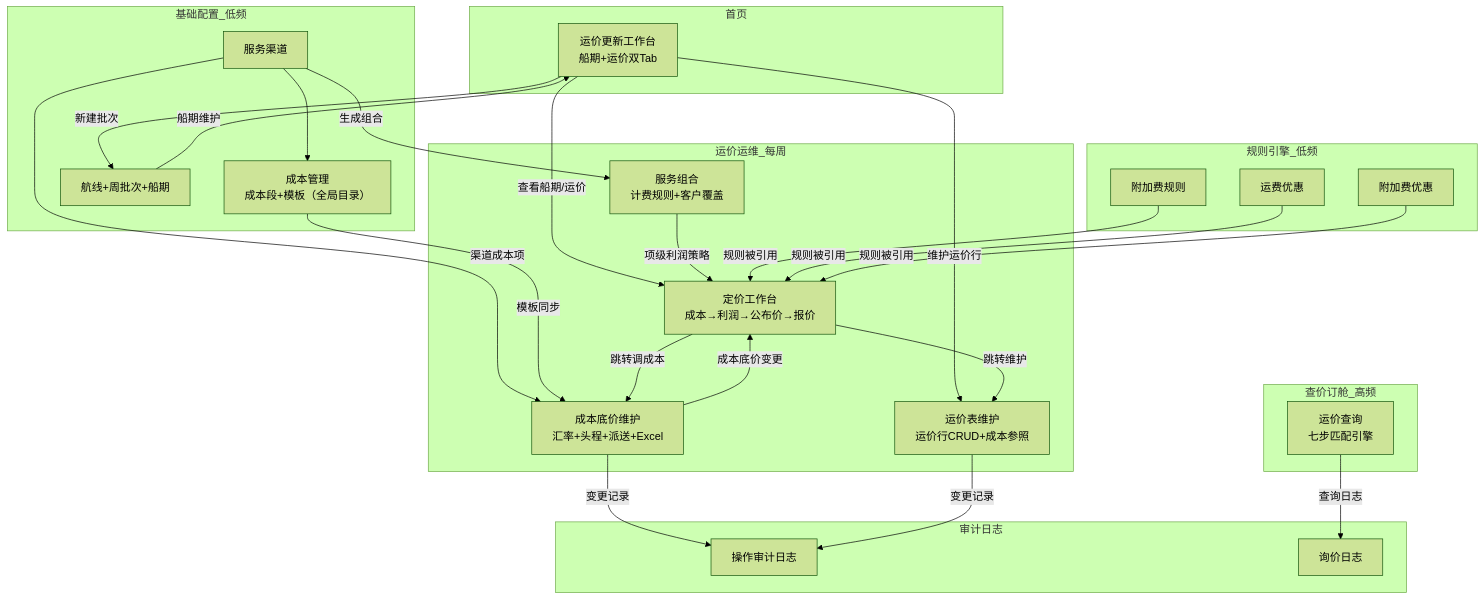
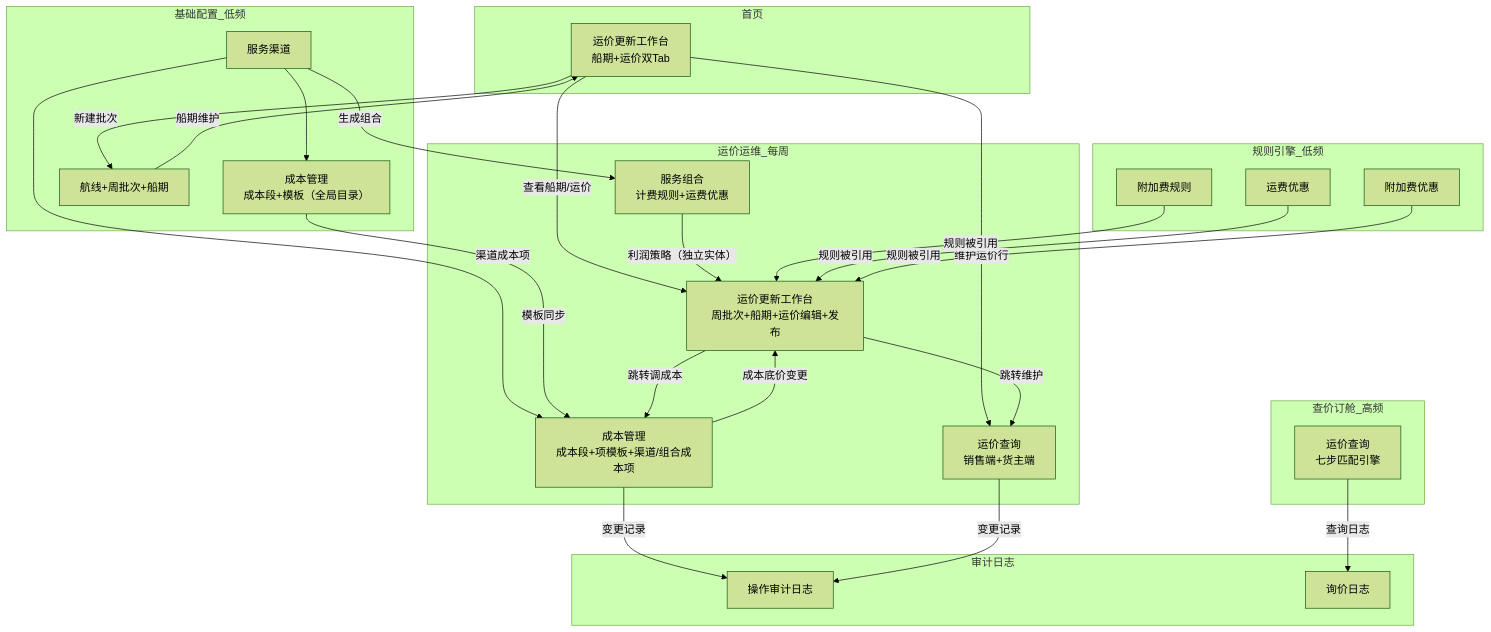
Before and after one commit to zhangwen960722/luna-daily: the diagram in 0-产品经理使用IDE/prds/超级运价/PRD.md, drawn with Mermaid (forest theme). The commit also changed other lines of this file and 2207 other files, not shown here.

````diff
--- a/0-产品经理使用IDE/prds/超级运价/PRD.md
+++ b/0-产品经理使用IDE/prds/超级运价/PRD.md
@@ -309,45 +310,45 @@
 ```mermaid
 flowchart TD
     subgraph 首页
         W1[运价更新工作台<br>船期+运价双Tab]
     end
     subgraph 基础配置_低频
         C1[服务渠道] --> C2[成本管理<br>成本段+模板（全局目录）]
         C3[航线+周批次+船期]
     end
     subgraph 运价运维_每周
-        O1[成本底价维护<br>汇率+头程+派送+Excel]
-        O2[服务组合<br>计费规则+客户覆盖]
-        O3[定价工作台<br>成本→利润→公布价→报价]
-        O4[运价表维护<br>运价行CRUD+成本参照]
+        O1[成本管理<br>成本段+项模板+渠道/组合成本项]
+        O2[服务组合<br>计费规则+运费优惠]
+        O3[运价更新工作台<br>周批次+船期+运价编辑+发布]
+        O4[运价查询<br>销售端+货主端]
     end
     subgraph 规则引擎_低频
         R1[附加费规则]
         R2[运费优惠]
         R3[附加费优惠]
     end
     subgraph 查价订舱_高频
         Q1[运价查询<br>七步匹配引擎]
     end
     subgraph 审计日志
         L1[操作审计日志]
         L2[询价日志]
     end
     W1 -->|查看船期/运价| O3
     W1 -->|维护运价行| O4
     W1 -->|新建批次| C3
     C1 -->|生成组合| O2
     C1 -->|渠道成本项| O1
     C2 -->|模板同步| O1
     C3 -->|船期维护| W1
     O1 -->|成本底价变更| O3
-    O2 -->|项级利润策略| O3
+    O2 -->|利润策略（独立实体）| O3
     O3 -->|跳转维护| O4
     O3 -->|跳转调成本| O1
     R1 -->|规则被引用| O3
     R2 -->|规则被引用| O3
     R3 -->|规则被引用| O3
     Q1 -->|查询日志| L2
     O1 -->|变更记录| L1
     O4 -->|变更记录| L1
 ```
````
